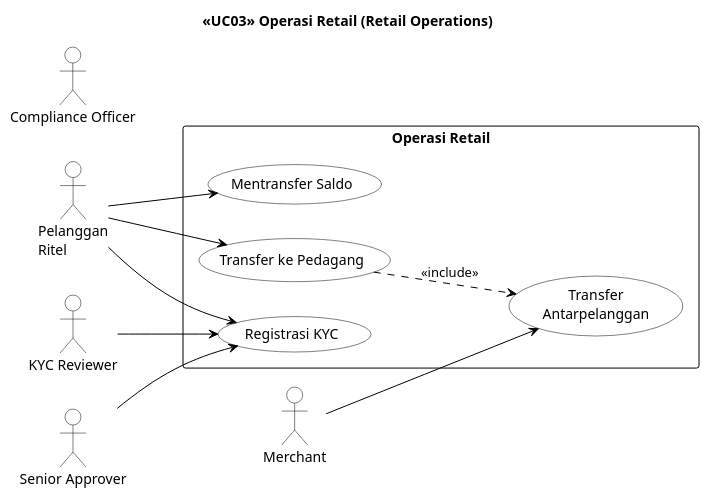
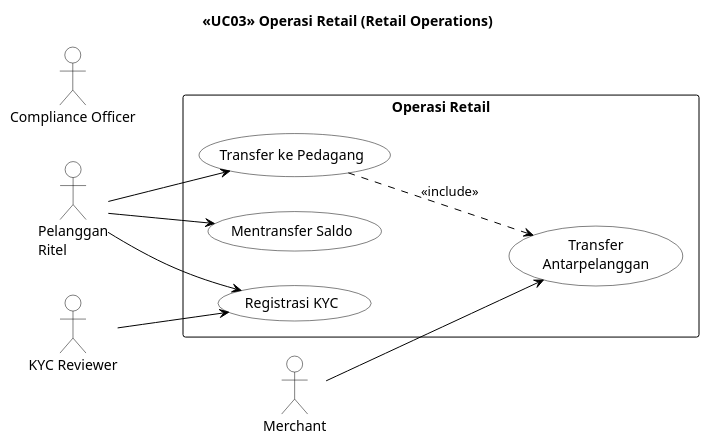
One commit to mfachrizalg/bi-coin changed the third of 3 diagrams in bi-coin-fabric/docs/diagrams/plantuml/use-case-diagrams.puml. Above: the diagram before and after it, drawn with PlantUML. The commit also changed other lines of this file and 37 other files, not shown here.

```diff
--- a/bi-coin-fabric/docs/diagrams/plantuml/use-case-diagrams.puml
+++ b/bi-coin-fabric/docs/diagrams/plantuml/use-case-diagrams.puml
@@ -97,36 +94,34 @@
 @startuml
 skinparam monochrome true
 left to right direction
 skinparam packageBorderColor black
 skinparam packageBackgroundColor none
 skinparam usecaseBorderColor black
 skinparam usecaseBackgroundColor white
 skinparam actorBorderColor black
 skinparam actorBackgroundColor white
 skinparam arrowColor black
 
 title <<UC03>> Operasi Retail (Retail Operations)
 
 actor "Pelanggan\nRitel" as PR
 actor "Merchant" as M
 actor "KYC Reviewer" as KYC
-actor "Senior Approver" as SA
 actor "Compliance Officer" as CO
 
 rectangle "Operasi Retail" {
   usecase "Registrasi KYC" as UC1
   usecase "Mentransfer Saldo" as UC2
   usecase "Transfer\nAntarpelanggan" as UC3
   usecase "Transfer ke Pedagang" as UC4
 }
 
 PR --> UC1
 PR --> UC2
 PR --> UC4
 M --> UC3
 KYC --> UC1
-SA --> UC1
 
 UC4 ..> UC3 : <<include>>
 
 @enduml
```
